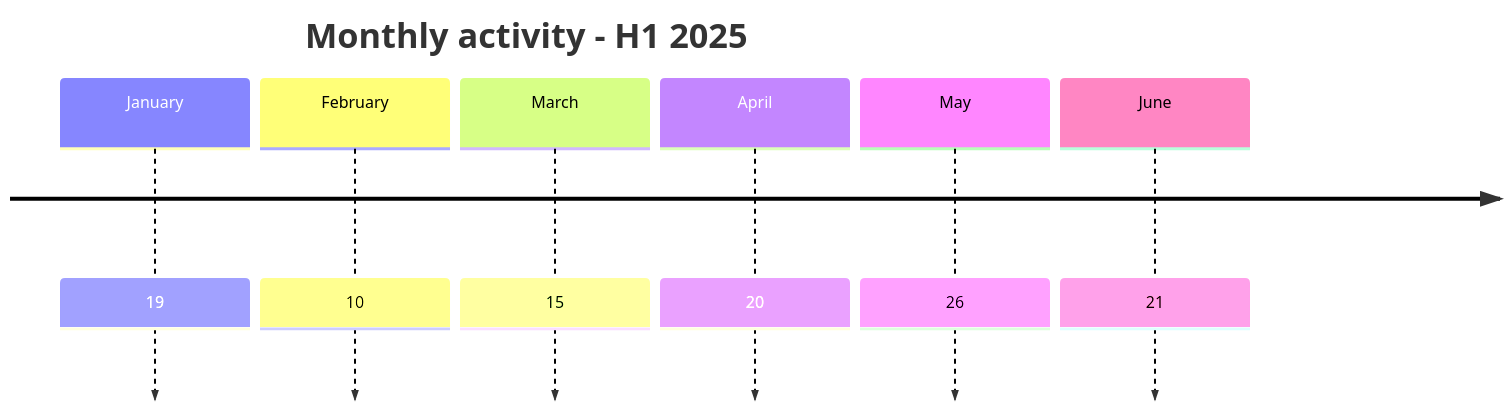
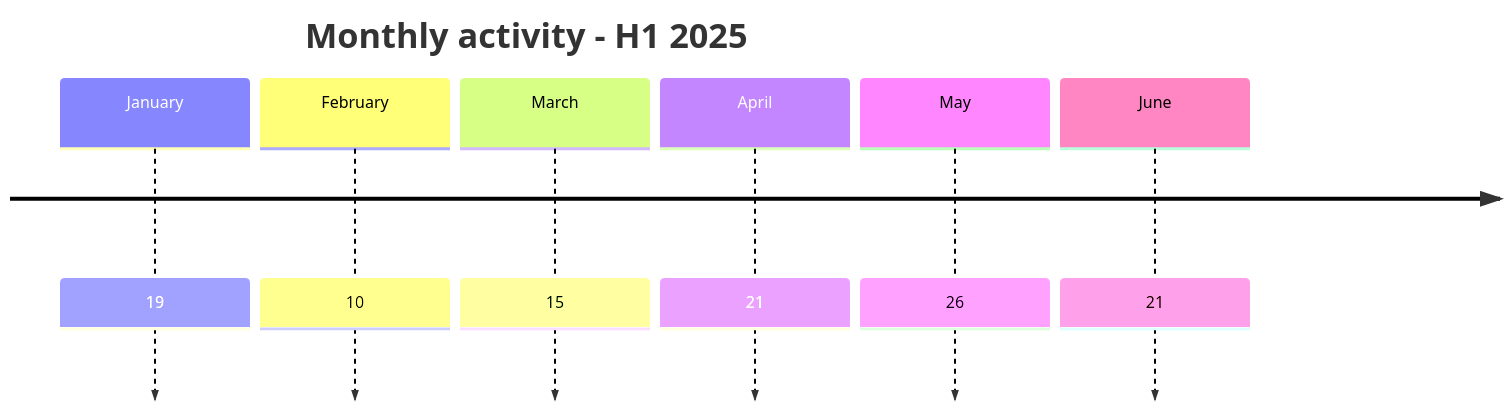
One commit to Hatchepsoute/AFRINTEL changed the first of 2 diagrams in CyberAttackAfrica/2025/README_H1.md. Above: the diagram before and after it, drawn with Mermaid. The commit also changed other lines of this file and 35 other files, not shown here.

````diff
--- a/CyberAttackAfrica/2025/README_H1.md
+++ b/CyberAttackAfrica/2025/README_H1.md
@@ -79,10 +79,10 @@
 ```mermaid
 timeline
     title Monthly activity - H1 2025
     January : 19
     February : 10
     March : 15
-    April : 20
+    April : 21
     May : 26
     June : 21
 ```
````
